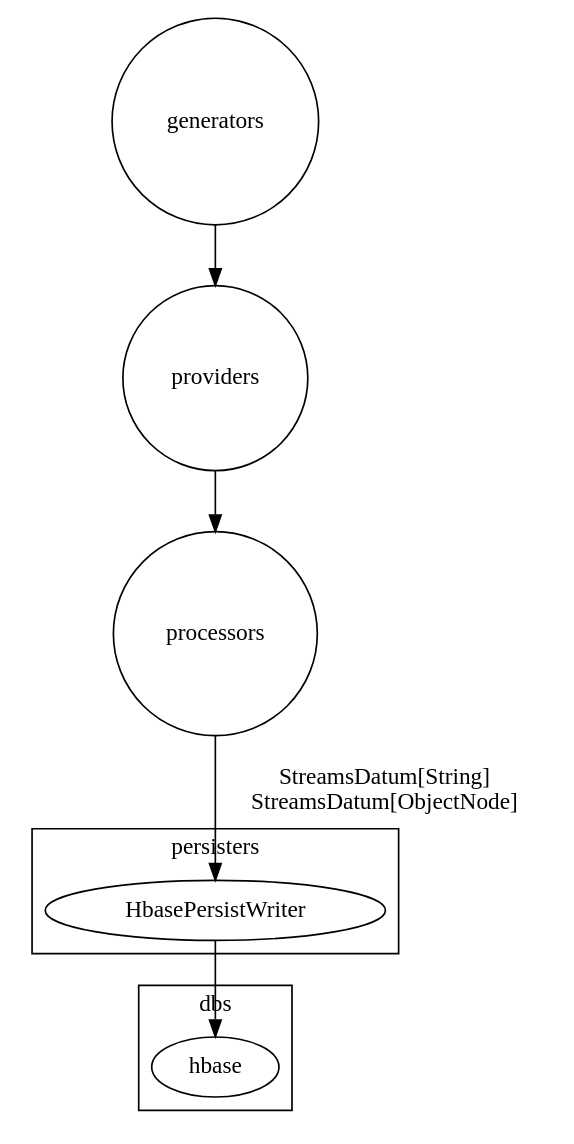
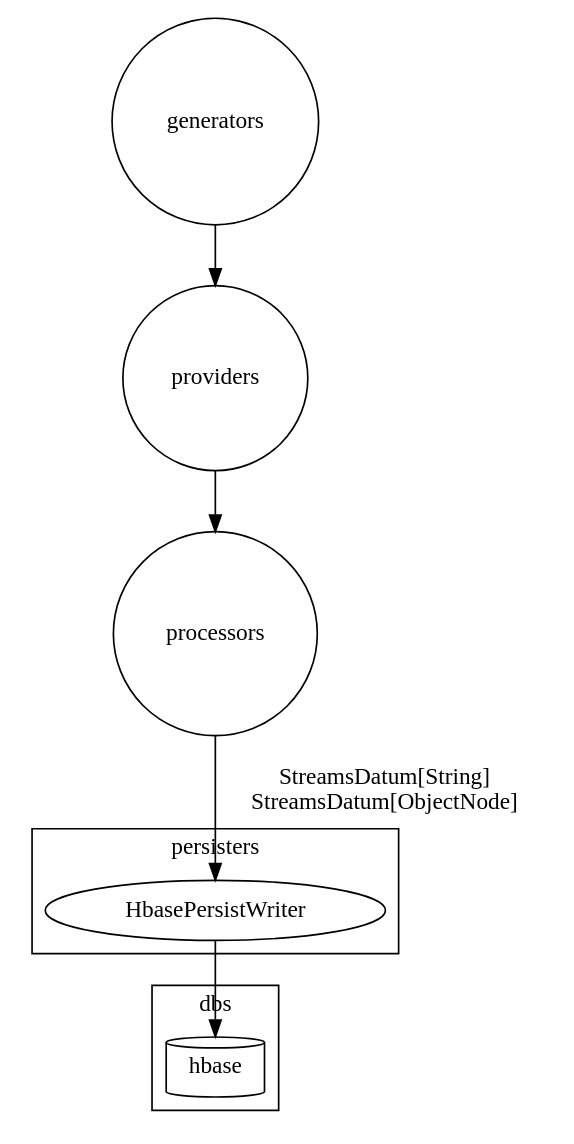
One commit to apache/streams changed the diagram in streams-contrib/streams-persist-hbase/src/main/resources/components.dot. Above: the diagram before and after it, drawn with Graphviz. The commit also changed 59 other files, not shown here.

Commit message:
another round of README and diagram improvements

```diff
--- a/streams-contrib/streams-persist-hbase/src/main/resources/components.dot
+++ b/streams-contrib/streams-persist-hbase/src/main/resources/components.dot
@@ -1,29 +1,29 @@
 digraph g {
 
   graph [compound = true];
 
   //presentation
   splines = true;
   overlap = false;
   rankdir = TB;
 
   generators [label="generators", shape="circle"];
   providers [label="providers", shape="circle"];
   processors [label="processors", shape="circle"];
 
   subgraph cluster_persisters {
     label="persisters";
     persisters_hbase_writer [label="HbasePersistWriter"]
   }
 
   subgraph cluster_dbs {
     label="dbs";
-    hbase [label="hbase"]
+    hbase [label="hbase", shape="cylinder"]
   }
 
   generators -> providers
   providers -> processors
   processors -> persisters_hbase_writer [label="StreamsDatum[String]\nStreamsDatum[ObjectNode]"]
   persisters_hbase_writer -> hbase
 
 }
```
